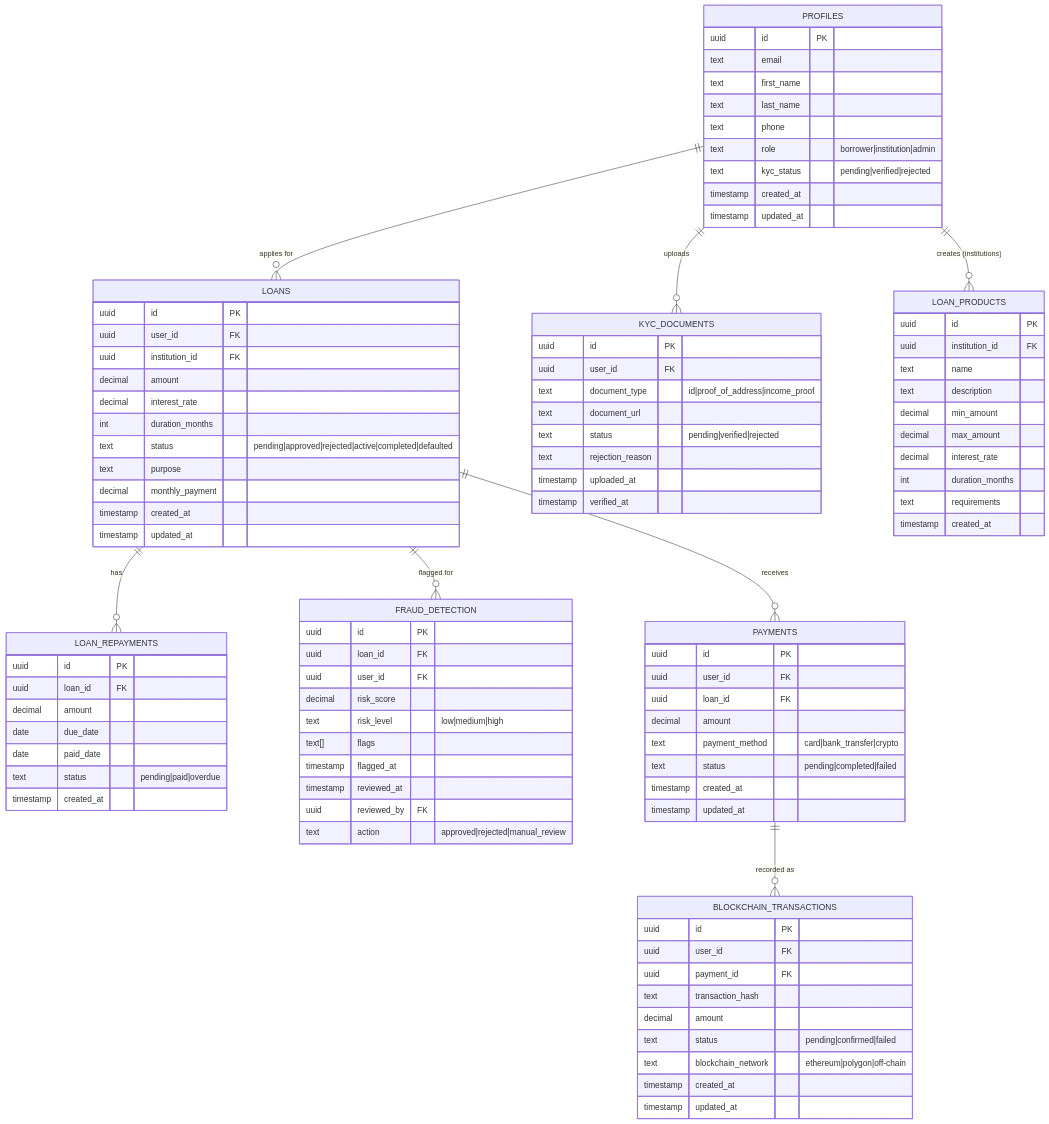
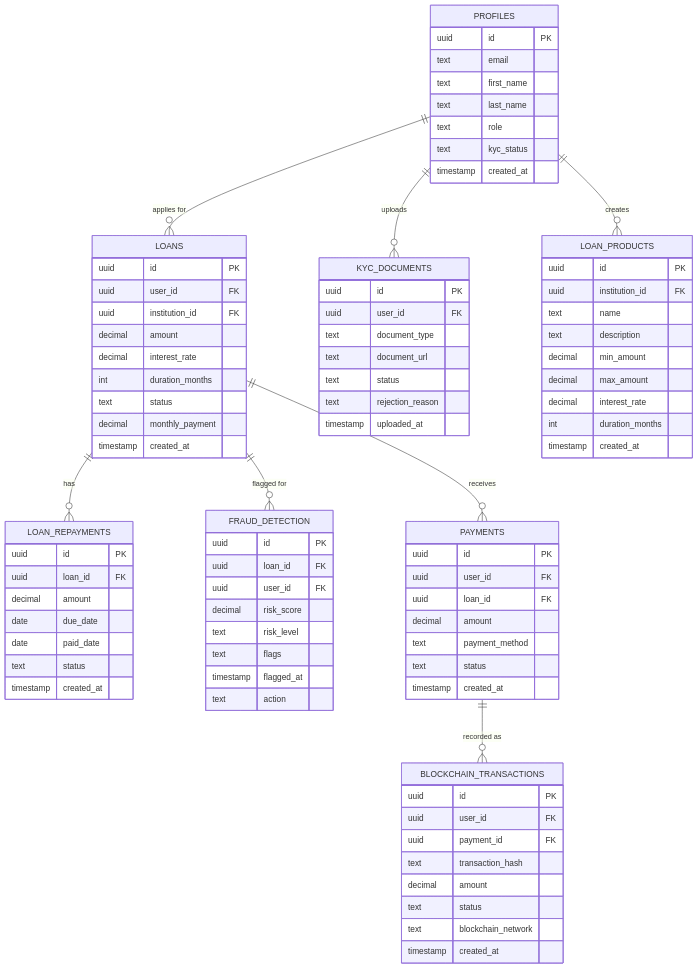
The third of 6 diagrams in README.md (mosesmrima/v0-microfinance-web-app), drawn with Mermaid before and after one commit. The commit also changed other lines of this file, not shown here.

First line of the commit message:
Fix all broken Mermaid diagrams for GitHub rendering

````diff
--- a/README.md
+++ b/README.md
@@ -195,7 +167,7 @@
 erDiagram
     PROFILES ||--o{ LOANS : "applies for"
     PROFILES ||--o{ KYC_DOCUMENTS : "uploads"
-    PROFILES ||--o{ LOAN_PRODUCTS : "creates (institutions)"
+    PROFILES ||--o{ LOAN_PRODUCTS : "creates"
     LOANS ||--o{ LOAN_REPAYMENTS : "has"
     LOANS ||--o{ FRAUD_DETECTION : "flagged for"
     LOANS ||--o{ PAYMENTS : "receives"
@@ -206,11 +178,9 @@
         text email
         text first_name
         text last_name
-        text phone
-        text role "borrower|institution|admin"
-        text kyc_status "pending|verified|rejected"
+        text role
+        text kyc_status
         timestamp created_at
-        timestamp updated_at
     }
 
     LOANS {
@@ -220,11 +190,9 @@
         decimal amount
         decimal interest_rate
         int duration_months
-        text status "pending|approved|rejected|active|completed|defaulted"
-        text purpose
+        text status
         decimal monthly_payment
         timestamp created_at
-        timestamp updated_at
     }
 
     LOAN_PRODUCTS {
@@ -236,19 +204,17 @@
         decimal max_amount
         decimal interest_rate
         int duration_months
-        text requirements
         timestamp created_at
     }
 
     KYC_DOCUMENTS {
         uuid id PK
         uuid user_id FK
-        text document_type "id|proof_of_address|income_proof"
+        text document_type
         text document_url
-        text status "pending|verified|rejected"
+        text status
         text rejection_reason
         timestamp uploaded_at
-        timestamp verified_at
     }
 
     FRAUD_DETECTION {
@@ -256,12 +222,10 @@
         uuid loan_id FK
         uuid user_id FK
         decimal risk_score
-        text risk_level "low|medium|high"
-        text[] flags
+        text risk_level
+        text flags
         timestamp flagged_at
-        timestamp reviewed_at
-        uuid reviewed_by FK
-        text action "approved|rejected|manual_review"
+        text action
     }
 
     LOAN_REPAYMENTS {
@@ -270,7 +234,7 @@
         decimal amount
         date due_date
         date paid_date
-        text status "pending|paid|overdue"
+        text status
         timestamp created_at
     }
 
@@ -279,10 +243,9 @@
         uuid user_id FK
         uuid loan_id FK
         decimal amount
-        text payment_method "card|bank_transfer|crypto"
-        text status "pending|completed|failed"
+        text payment_method
+        text status
         timestamp created_at
-        timestamp updated_at
     }
 
     BLOCKCHAIN_TRANSACTIONS {
@@ -291,9 +254,8 @@
         uuid payment_id FK
         text transaction_hash
         decimal amount
-        text status "pending|confirmed|failed"
-        text blockchain_network "ethereum|polygon|off-chain"
+        text status
+        text blockchain_network
         timestamp created_at
-        timestamp updated_at
     }
 ```
````
